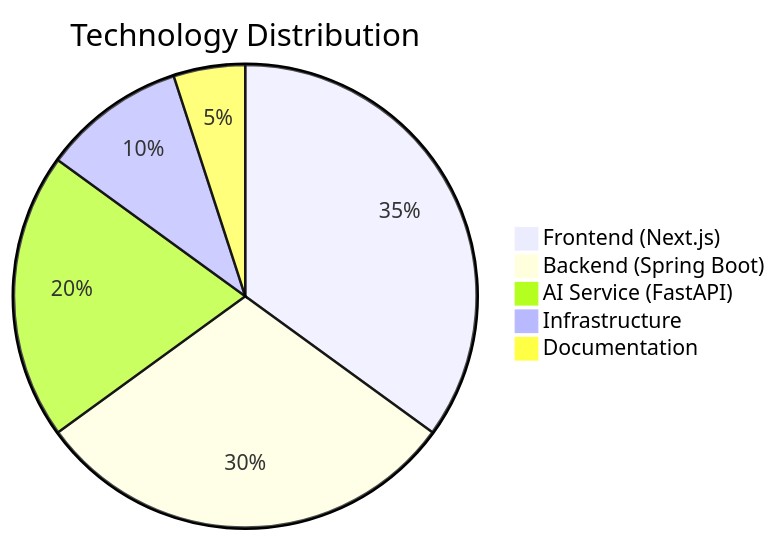
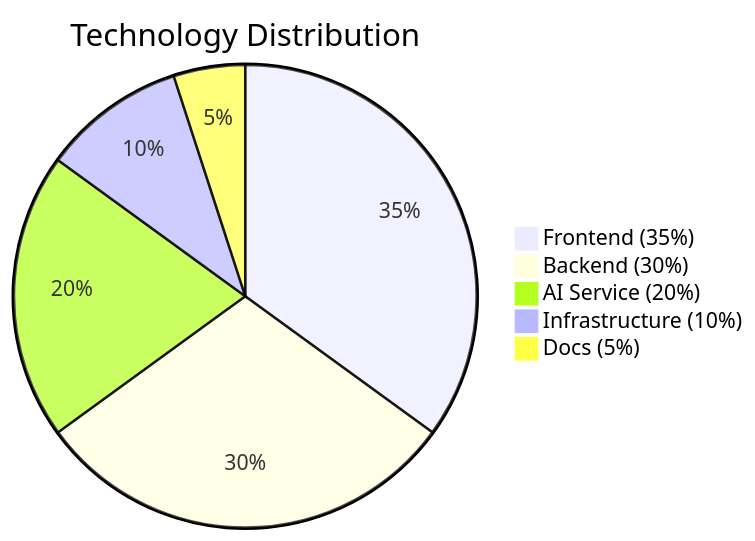
Before and after one commit to jaynikam2005/ai-resume-job-matcher: the third of 3 diagrams in README.md, drawn with Mermaid. The commit also changed other lines of this file, not shown here.

````diff
--- a/README.md
+++ b/README.md
@@ -150,8 +192,8 @@
 ```mermaid
 pie title Technology Distribution
-    "Frontend (Next.js)" : 35
-    "Backend (Spring Boot)" : 30
-    "AI Service (FastAPI)" : 20
-    "Infrastructure" : 10
-    "Documentation" : 5
+    "Frontend (35%)" : 35
+    "Backend (30%)" : 30
+    "AI Service (20%)" : 20
+    "Infrastructure (10%)" : 10
+    "Docs (5%)" : 5
 ```
````
